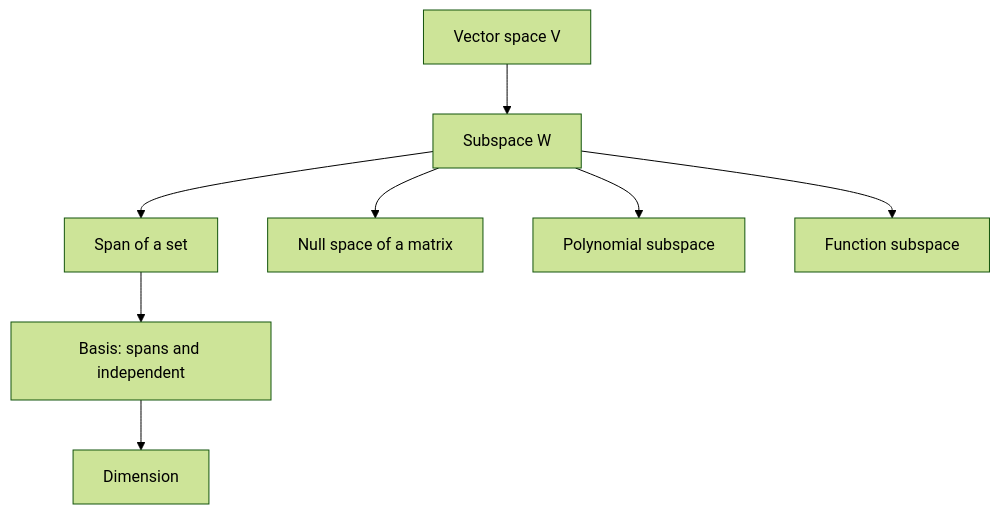
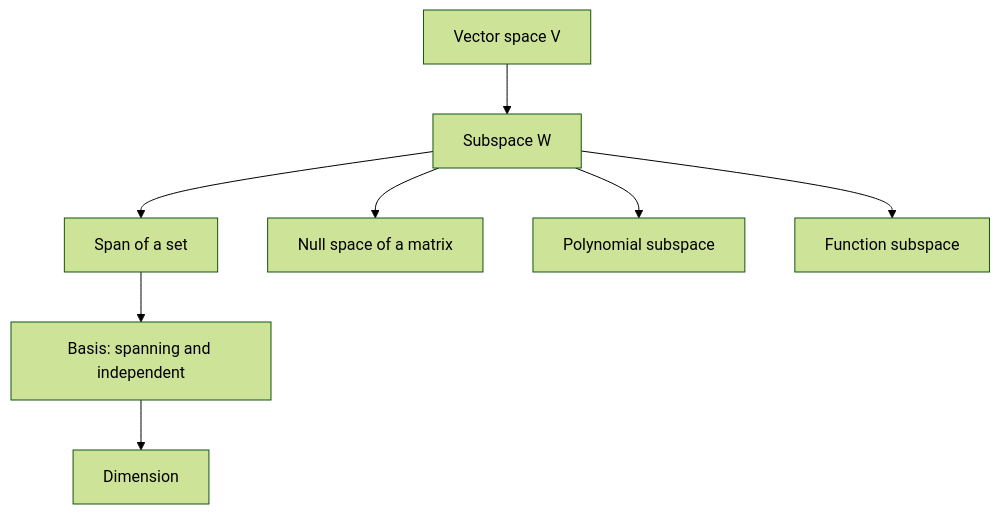
One commit to justinbrianhwang/SJ-wiki changed the diagram in docs/math/linear-algebra/vector-spaces.md. Above: the diagram before and after it, drawn with Mermaid (forest theme). The commit also changed other lines of this file and 955 other files, not shown here.

````diff
--- a/docs/math/linear-algebra/vector-spaces.md
+++ b/docs/math/linear-algebra/vector-spaces.md
@@ -69,10 +94,10 @@
 ```mermaid
 flowchart TD
   A["Vector space V"] --> B["Subspace W"]
   B --> C["Span of a set"]
   B --> D["Null space of a matrix"]
   B --> E["Polynomial subspace"]
   B --> F["Function subspace"]
-  C --> G["Basis: spans and independent"]
+  C --> G["Basis: spanning and independent"]
   G --> H["Dimension"]
 ```
````
